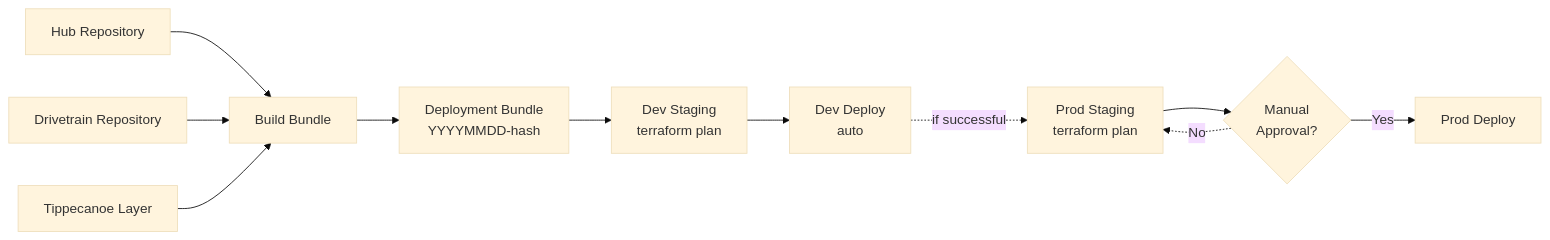
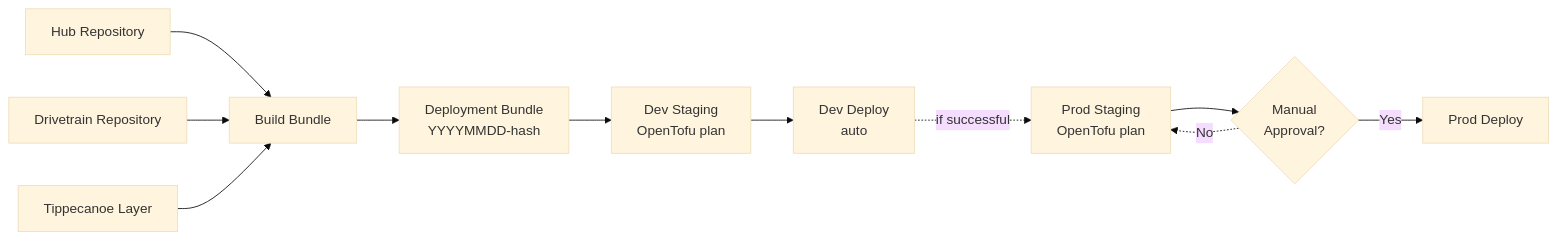
One commit to kreed/ridelines-frame changed the diagram in README.md. Above: the diagram before and after it, drawn with Mermaid (base theme). The commit also changed other lines of this file and 2 other files, not shown here.

Commit message:
feat: add auto-approve flag and replace terraform references with OpenTofu
- Add -auto-approve flag to tofu apply command in base-deploy workflow
- Replace terraform references with OpenTofu in step names and file paths
- Update documentation to use OpenTofu terminology consistently

🤖 Generated with [Claude Code](https://claude.ai/code)

````diff
--- a/README.md
+++ b/README.md
@@ -21,16 +21,16 @@
 ```mermaid
 flowchart LR
     HUB[Hub Repository] --> BUILD[Build Bundle]
     DRIVE[Drivetrain Repository] --> BUILD
     TIP[Tippecanoe Layer] --> BUILD
     
     BUILD --> BUNDLE[Deployment Bundle<br/>YYYYMMDD-hash]
     
-    BUNDLE --> DEV_STAGE[Dev Staging<br/>terraform plan]
+    BUNDLE --> DEV_STAGE[Dev Staging<br/>OpenTofu plan]
     DEV_STAGE --> DEV_DEPLOY[Dev Deploy<br/>auto]
     
-    DEV_DEPLOY -.->|if successful| PROD_STAGE[Prod Staging<br/>terraform plan]
+    DEV_DEPLOY -.->|if successful| PROD_STAGE[Prod Staging<br/>OpenTofu plan]
     PROD_STAGE --> APPROVE{Manual<br/>Approval?}
     APPROVE -->|Yes| PROD_DEPLOY[Prod Deploy]
     APPROVE -.->|No| PROD_STAGE
 ```
````
